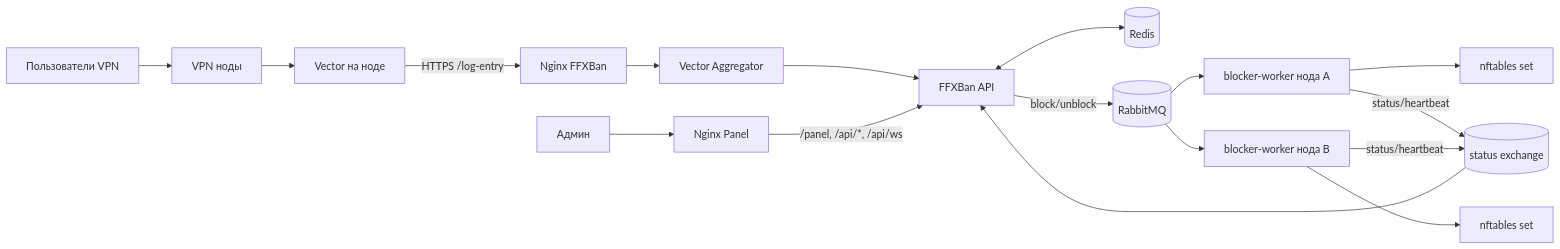
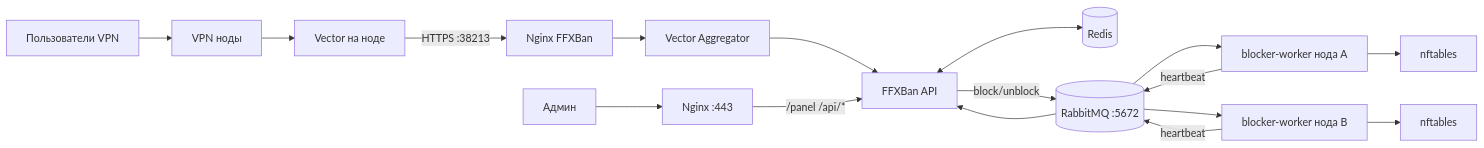
The diagram in README.md (Nurmaga095/FFXBan-remnawave), drawn with Mermaid before and after one commit. The commit also changed other lines of this file and 3 other files, not shown here.

````diff
--- a/README.md
+++ b/README.md
@@ -71,22 +418,22 @@
 ```mermaid
 flowchart LR
   U[Пользователи VPN] --> N[VPN ноды]
   N --> VL[Vector на ноде]
-  VL -->|HTTPS /log-entry| NX1[Nginx FFXBan]
+  VL -->|HTTPS :38213| NX1[Nginx FFXBan]
   NX1 --> VA[Vector Aggregator]
   VA --> OBS[FFXBan API]
 
   OBS <--> R[(Redis)]
-  OBS -->|block/unblock| MQ[(RabbitMQ)]
+  OBS -->|block/unblock| MQ[(RabbitMQ :5672)]
   MQ --> BW1[blocker-worker нода A]
   MQ --> BW2[blocker-worker нода B]
-  BW1 --> NFT1[nftables set]
-  BW2 --> NFT2[nftables set]
+  BW1 --> NFT1[nftables]
+  BW2 --> NFT2[nftables]
 
-  BW1 -->|status/heartbeat| MQS[(status exchange)]
-  BW2 -->|status/heartbeat| MQS
-  MQS --> OBS
+  BW1 -->|heartbeat| MQ
+  BW2 -->|heartbeat| MQ
+  MQ --> OBS
 
-  ADM[Админ] --> NX2[Nginx Panel]
-  NX2 -->|/panel, /api/*, /api/ws| OBS
+  ADM[Админ] --> NX2[Nginx :443]
+  NX2 -->|/panel /api/*| OBS
 ```
````
